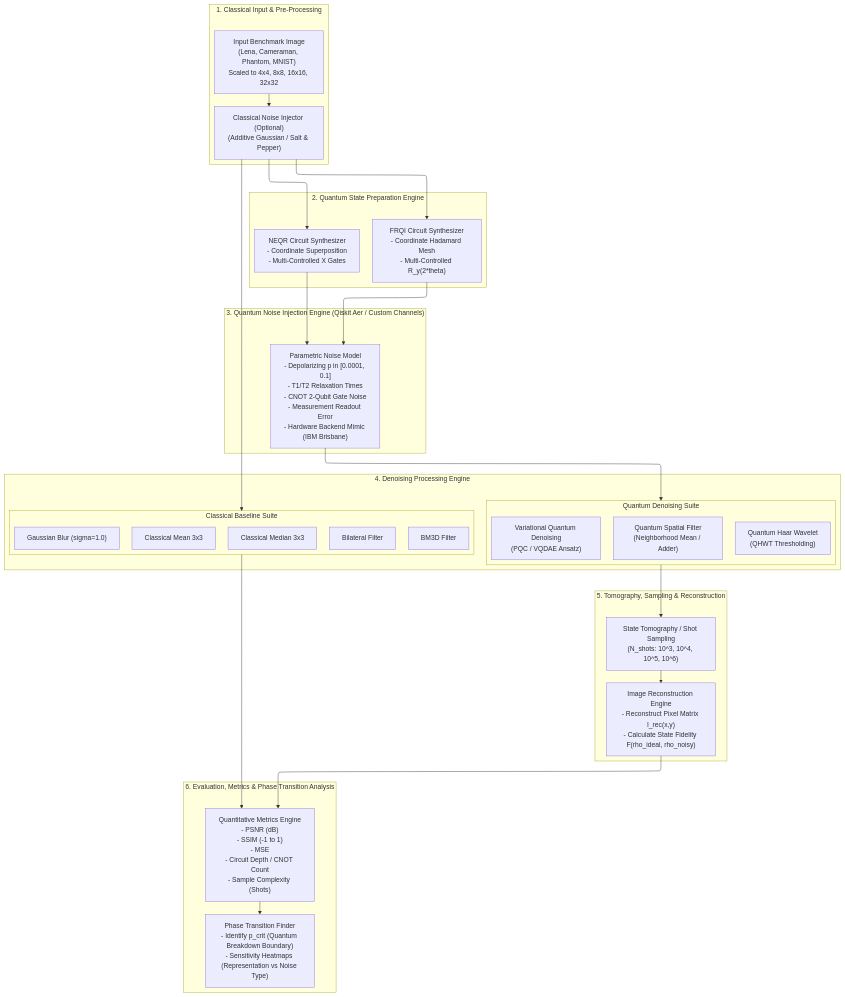
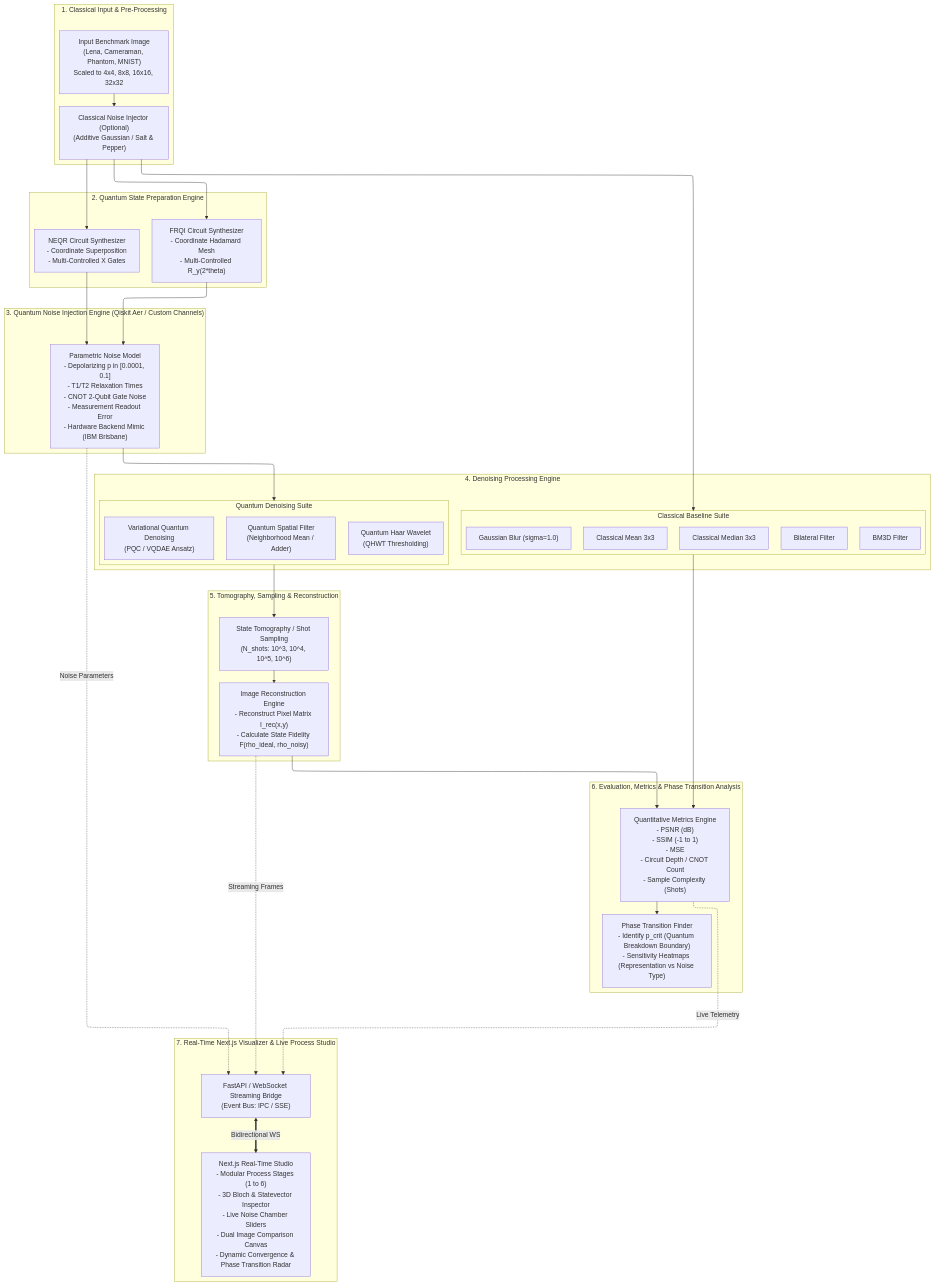
One commit to ojhaprathmesh/QIP_Repo changed the third of 9 diagrams in PLAN.md. Above: the diagram before and after it, drawn with Mermaid. The commit also changed other lines of this file and 6 other files, not shown here.

````diff
--- a/PLAN.md
+++ b/PLAN.md
@@ -160,66 +160,77 @@
 ```mermaid
 ---
 config:
   layout: elk
 ---
 flowchart TB
     subgraph Ingestion_Layer["1. Classical Input & Pre-Processing"]
         IMG["Input Benchmark Image\n(Lena, Cameraman, Phantom, MNIST)\nScaled to 4x4, 8x8, 16x16, 32x32"]
         NOISE_GEN["Classical Noise Injector (Optional)\n(Additive Gaussian / Salt & Pepper)"]
         IMG --> NOISE_GEN
     end
 
     subgraph Quantum_Encoding["2. Quantum State Preparation Engine"]
         FRQI_ENC["FRQI Circuit Synthesizer\n- Coordinate Hadamard Mesh\n- Multi-Controlled R_y(2*theta)"]
         NEQR_ENC["NEQR Circuit Synthesizer\n- Coordinate Superposition\n- Multi-Controlled X Gates"]
         
         NOISE_GEN --> FRQI_ENC
         NOISE_GEN --> NEQR_ENC
     end
 
     subgraph NISQ_Noise_Environment["3. Quantum Noise Injection Engine (Qiskit Aer / Custom Channels)"]
         direction TB
         CHANNEL["Parametric Noise Model\n- Depolarizing p in [0.0001, 0.1]\n- T1/T2 Relaxation Times\n- CNOT 2-Qubit Gate Noise\n- Measurement Readout Error\n- Hardware Backend Mimic (IBM Brisbane)"]
         
         FRQI_ENC --> CHANNEL
         NEQR_ENC --> CHANNEL
     end
 
     subgraph Denoising_Pipeline["4. Denoising Processing Engine"]
         direction LR
         subgraph Quantum_Path["Quantum Denoising Suite"]
             Q_SPATIAL["Quantum Spatial Filter\n(Neighborhood Mean / Adder)"]
             Q_HAAR["Quantum Haar Wavelet\n(QHWT Thresholding)"]
             Q_PQC["Variational Quantum Denoising\n(PQC / VQDAE Ansatz)"]
         end
         
         subgraph Classical_Path["Classical Baseline Suite"]
             C_MEAN["Classical Mean 3x3"]
             C_MED["Classical Median 3x3"]
             C_GAUSS["Gaussian Blur (sigma=1.0)"]
             C_BILAT["Bilateral Filter"]
             C_BM3D["BM3D Filter"]
         end
     end
 
     CHANNEL --> Quantum_Path
     NOISE_GEN --> Classical_Path
 
     subgraph Measurement_Reconstruction["5. Tomography, Sampling & Reconstruction"]
         TOMO["State Tomography / Shot Sampling\n(N_shots: 10^3, 10^4, 10^5, 10^6)"]
         RECON["Image Reconstruction Engine\n- Reconstruct Pixel Matrix I_rec(x,y)\n- Calculate State Fidelity F(rho_ideal, rho_noisy)"]
         
         Quantum_Path --> TOMO
         TOMO --> RECON
     end
 
     subgraph Comparative_Evaluation["6. Evaluation, Metrics & Phase Transition Analysis"]
         direction TB
         METRICS["Quantitative Metrics Engine\n- PSNR (dB)\n- SSIM (-1 to 1)\n- MSE\n- Circuit Depth / CNOT Count\n- Sample Complexity (Shots)"]
         BREAKDOWN["Phase Transition Finder\n- Identify p_crit (Quantum Breakdown Boundary)\n- Sensitivity Heatmaps (Representation vs Noise Type)"]
         
         RECON --> METRICS
         Classical_Path --> METRICS
         METRICS --> BREAKDOWN
     end
+
+    subgraph Interactive_UI["7. Real-Time Next.js Visualizer & Live Process Studio"]
+        direction TB
+        STREAM_BRIDGE["FastAPI / WebSocket Streaming Bridge\n(Event Bus: IPC / SSE)"]
+        NEXTJS_APP["Next.js Real-Time Studio\n- Modular Process Stages (1 to 6)\n- 3D Bloch & Statevector Inspector\n- Live Noise Chamber Sliders\n- Dual Image Comparison Canvas\n- Dynamic Convergence & Phase Transition Radar"]
+        
+        METRICS -.->|Live Telemetry| STREAM_BRIDGE
+        RECON -.->|Streaming Frames| STREAM_BRIDGE
+        CHANNEL -.->|Noise Parameters| STREAM_BRIDGE
+        STREAM_BRIDGE <==>|Bidirectional WS| NEXTJS_APP
+    end
 ```
````
